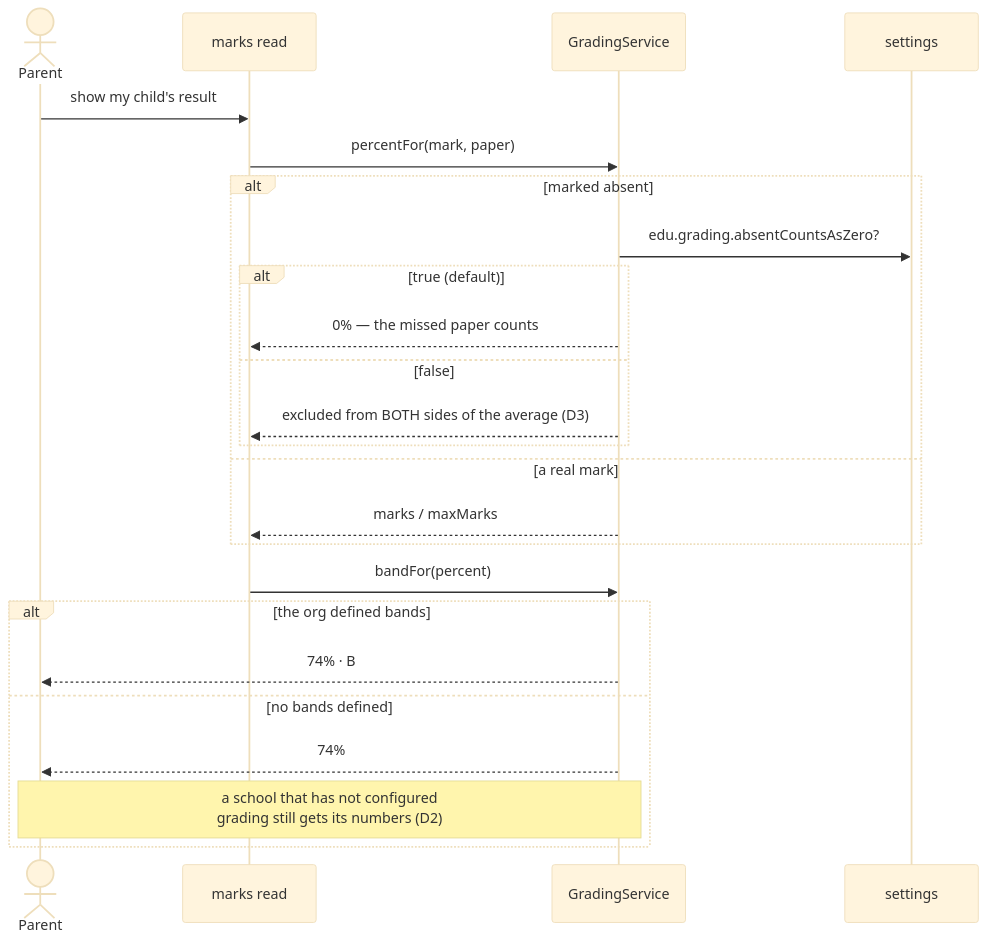
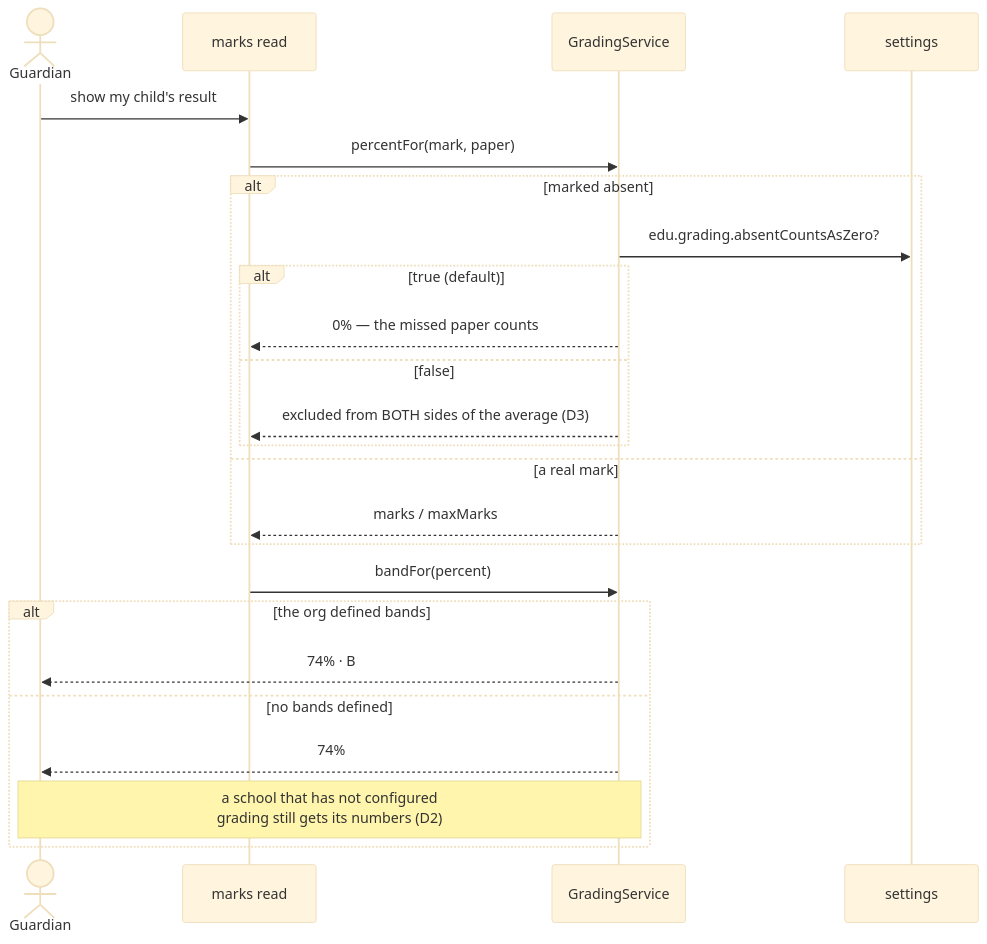
Before and after one commit to ShahidHussainAbbasi/myplus: the third of 3 diagrams in microservices/docs/slices/edu-1.4-grading-scales.md, drawn with Mermaid (base theme). The commit also changed other lines of this file and 84 other files, not shown here.

````diff
--- a/microservices/docs/slices/edu-1.4-grading-scales.md
+++ b/microservices/docs/slices/edu-1.4-grading-scales.md
@@ -196,27 +196,27 @@
 ```mermaid
 sequenceDiagram
-  actor Parent
+  actor Guardian
   participant R as marks read
   participant G as GradingService
   participant S as settings
 
-  Parent->>R: show my child's result
+  Guardian->>R: show my child's result
   R->>G: percentFor(mark, paper)
   alt marked absent
     G->>S: edu.grading.absentCountsAsZero?
     alt true (default)
       G-->>R: 0% — the missed paper counts
     else false
       G-->>R: excluded from BOTH sides of the average (D3)
     end
   else a real mark
     G-->>R: marks / maxMarks
   end
   R->>G: bandFor(percent)
   alt the org defined bands
-    G-->>Parent: 74% · B
+    G-->>Guardian: 74% · B
   else no bands defined
-    G-->>Parent: 74%
-    Note over G,Parent: a school that has not configured<br/>grading still gets its numbers (D2)
+    G-->>Guardian: 74%
+    Note over G,Guardian: a school that has not configured<br/>grading still gets its numbers (D2)
   end
 ```
````
